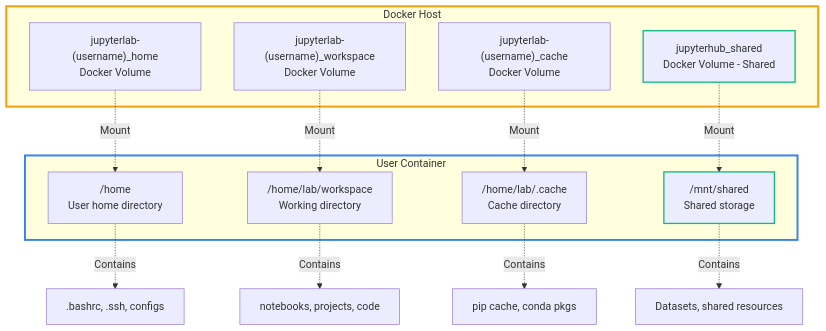
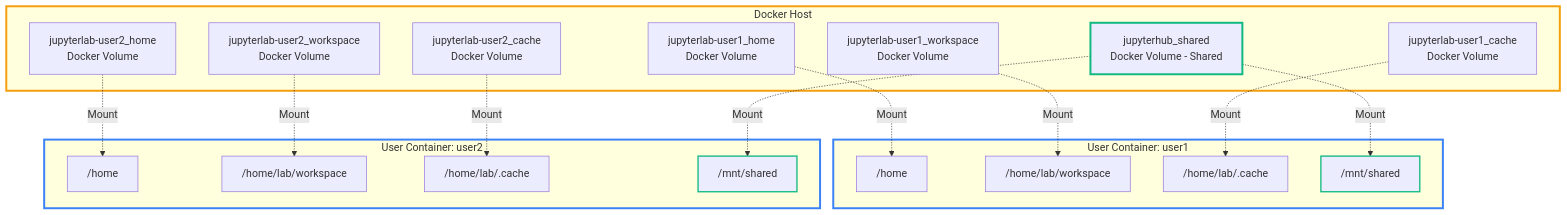
The fifth of 5 diagrams in README.md (stellarshenson/stellars-jupyterhub-ds), drawn with Mermaid before and after one commit.

Commit message:
docs: show multiple users sharing jupyterhub_shared volume in diagram

````diff
--- a/README.md
+++ b/README.md
@@ -213,31 +213,46 @@
 ```mermaid
 graph TB
     subgraph HOST["Docker Host"]
-        VOLHOME["jupyterlab-(username)_home<br/>Docker Volume"]
-        VOLWORK["jupyterlab-(username)_workspace<br/>Docker Volume"]
-        VOLCACHE["jupyterlab-(username)_cache<br/>Docker Volume"]
+        VOLHOME1["jupyterlab-user1_home<br/>Docker Volume"]
+        VOLWORK1["jupyterlab-user1_workspace<br/>Docker Volume"]
+        VOLCACHE1["jupyterlab-user1_cache<br/>Docker Volume"]
+
+        VOLHOME2["jupyterlab-user2_home<br/>Docker Volume"]
+        VOLWORK2["jupyterlab-user2_workspace<br/>Docker Volume"]
+        VOLCACHE2["jupyterlab-user2_cache<br/>Docker Volume"]
+
         VOLSHARED["jupyterhub_shared<br/>Docker Volume - Shared"]
     end
 
-    subgraph CONTAINER["User Container"]
-        MHOME["/home<br/>User home directory"]
-        MWORK["/home/lab/workspace<br/>Working directory"]
-        MCACHE["/home/lab/.cache<br/>Cache directory"]
-        MSHARED["/mnt/shared<br/>Shared storage"]
+    subgraph CONTAINER1["User Container: user1"]
+        M1HOME["/home"]
+        M1WORK["/home/lab/workspace"]
+        M1CACHE["/home/lab/.cache"]
+        M1SHARED["/mnt/shared"]
     end
 
-    VOLHOME -.->|Mount| MHOME
-    VOLWORK -.->|Mount| MWORK
-    VOLCACHE -.->|Mount| MCACHE
-    VOLSHARED -.->|Mount| MSHARED
+    subgraph CONTAINER2["User Container: user2"]
+        M2HOME["/home"]
+        M2WORK["/home/lab/workspace"]
+        M2CACHE["/home/lab/.cache"]
+        M2SHARED["/mnt/shared"]
+    end
 
-    MHOME -.->|Contains| HOMEDATA[".bashrc, .ssh, configs"]
-    MWORK -.->|Contains| WORKDATA["notebooks, projects, code"]
-    MCACHE -.->|Contains| CACHEDATA["pip cache, conda pkgs"]
-    MSHARED -.->|Contains| SHAREDDATA["Datasets, shared resources"]
+    VOLHOME1 -.->|Mount| M1HOME
+    VOLWORK1 -.->|Mount| M1WORK
+    VOLCACHE1 -.->|Mount| M1CACHE
+
+    VOLHOME2 -.->|Mount| M2HOME
+    VOLWORK2 -.->|Mount| M2WORK
+    VOLCACHE2 -.->|Mount| M2CACHE
+
+    VOLSHARED -.->|Mount| M1SHARED
+    VOLSHARED -.->|Mount| M2SHARED
 
     style HOST stroke:#f59e0b,stroke-width:3px
-    style CONTAINER stroke:#3b82f6,stroke-width:3px
-    style VOLSHARED stroke:#10b981,stroke-width:2px
-    style MSHARED stroke:#10b981,stroke-width:2px
+    style CONTAINER1 stroke:#3b82f6,stroke-width:3px
+    style CONTAINER2 stroke:#3b82f6,stroke-width:3px
+    style VOLSHARED stroke:#10b981,stroke-width:3px
+    style M1SHARED stroke:#10b981,stroke-width:2px
+    style M2SHARED stroke:#10b981,stroke-width:2px
 ```
````
